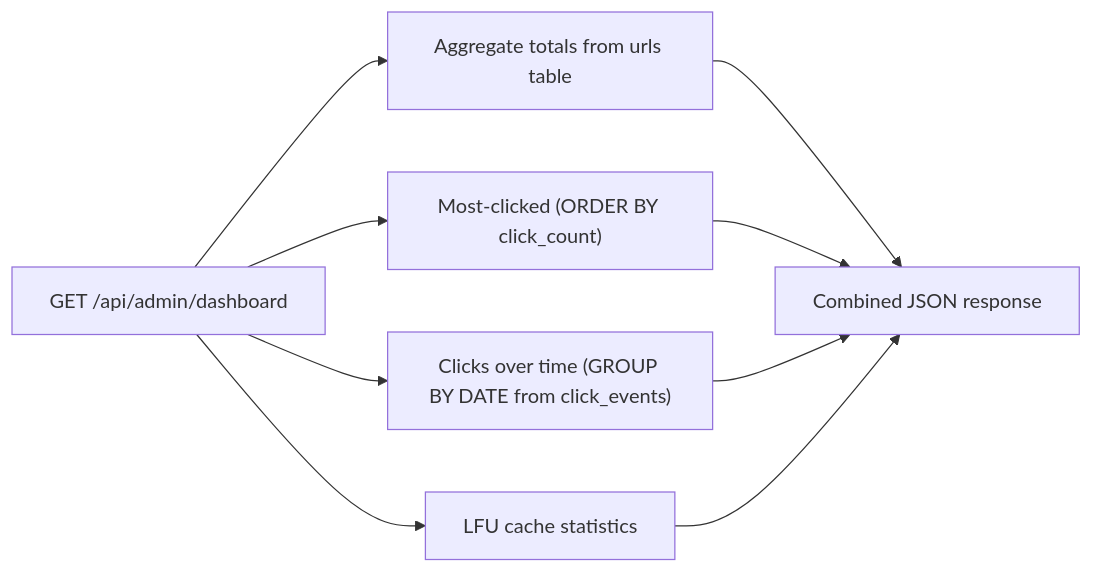
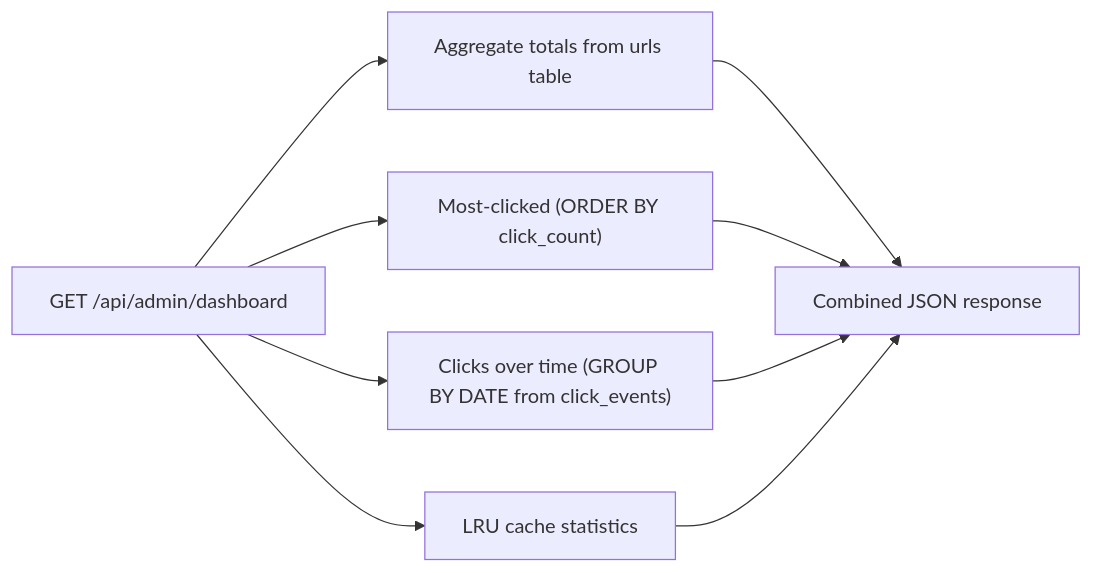
The fifth of 5 diagrams in docs/ARCHITECTURE.md (dipakpm59/url-shortener), drawn with Mermaid before and after one commit. The commit also changed other lines of this file and 10 other files, not shown here.

````diff
--- a/docs/ARCHITECTURE.md
+++ b/docs/ARCHITECTURE.md
@@ -113,8 +109,8 @@
 ```mermaid
 flowchart LR
     A["GET /api/admin/dashboard"] --> B[Aggregate totals from urls table]
     A --> C["Most-clicked (ORDER BY click_count)"]
     A --> D["Clicks over time (GROUP BY DATE from click_events)"]
-    A --> E[LFU cache statistics]
+    A --> E[LRU cache statistics]
     B & C & D & E --> F[Combined JSON response]
 ```
````
